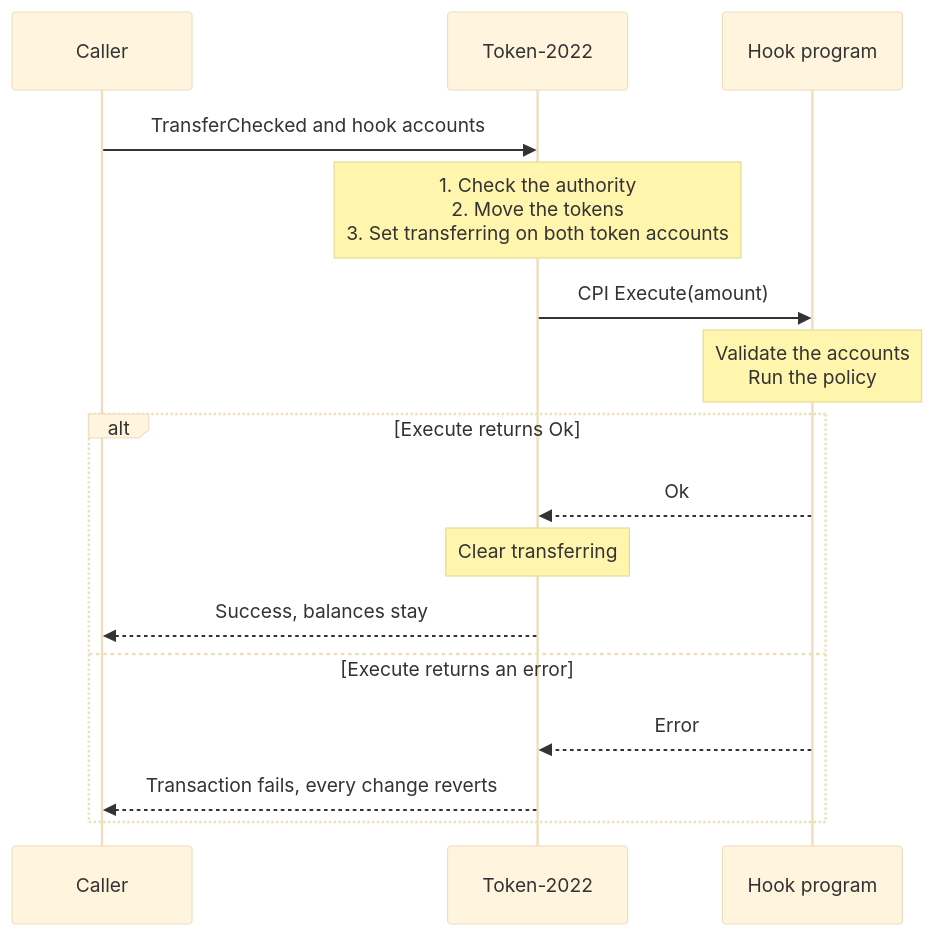
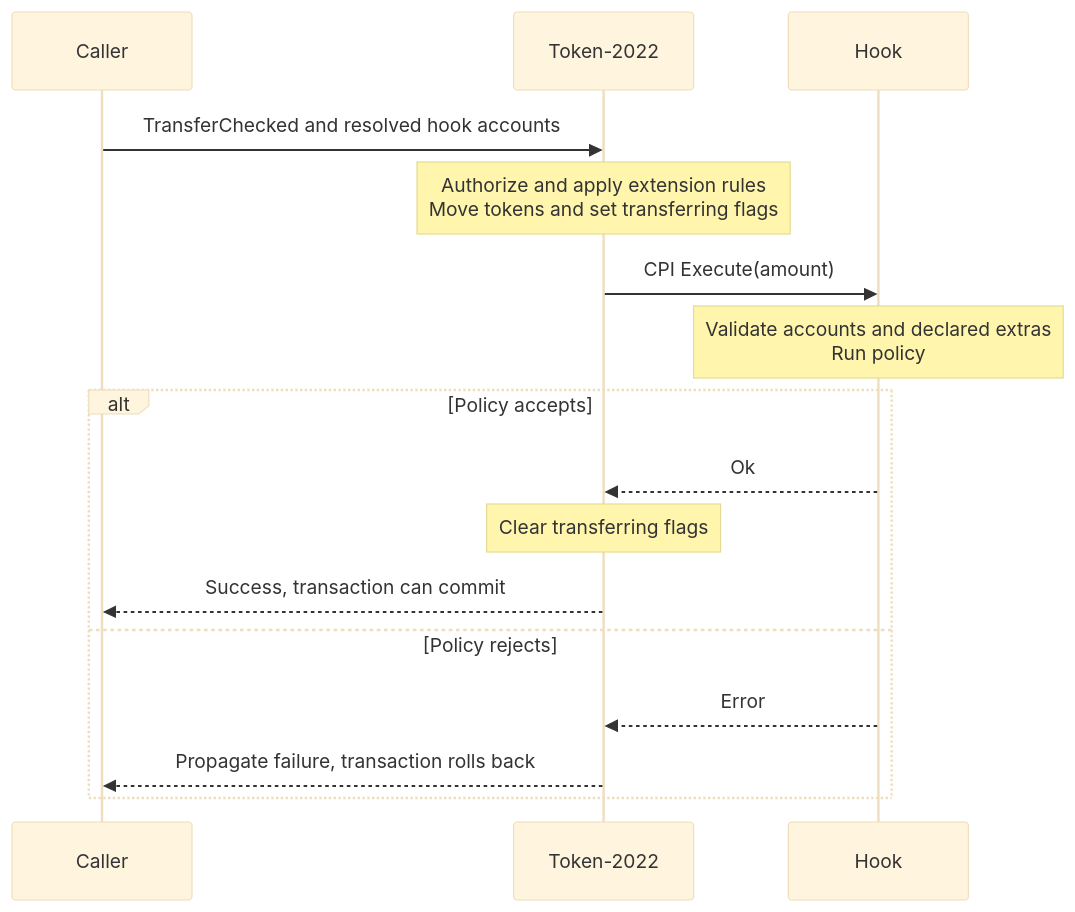
The first of 2 diagrams in docs/en/solana-fundamentals/transfer-hooks.mdx (trilltino/raydium-docs-v1-tino), drawn with Mermaid (base theme) before and after one commit. The commit also changed other lines of this file and 1 other file, not shown here.

Commit message:
docs: clarify transfer hook implementation and testing

````diff
--- a/docs/en/solana-fundamentals/transfer-hooks.mdx
+++ b/docs/en/solana-fundamentals/transfer-hooks.mdx
@@ -64,18 +18,18 @@
 ```mermaid
 sequenceDiagram
   participant C as Caller
   participant T as Token-2022
-  participant H as Hook program
-  C->>T: TransferChecked and hook accounts
-  Note over T: 1. Check the authority<br/>2. Move the tokens<br/>3. Set transferring on both token accounts
+  participant H as Hook
+  C->>T: TransferChecked and resolved hook accounts
+  Note over T: Authorize and apply extension rules<br/>Move tokens and set transferring flags
   T->>H: CPI Execute(amount)
-  Note over H: Validate the accounts<br/>Run the policy
-  alt Execute returns Ok
+  Note over H: Validate accounts and declared extras<br/>Run policy
+  alt Policy accepts
     H-->>T: Ok
-    Note over T: Clear transferring
-    T-->>C: Success, balances stay
-  else Execute returns an error
+    Note over T: Clear transferring flags
+    T-->>C: Success, transaction can commit
+  else Policy rejects
     H-->>T: Error
-    T-->>C: Transaction fails, every change reverts
+    T-->>C: Propagate failure, transaction rolls back
   end
 ```
````
